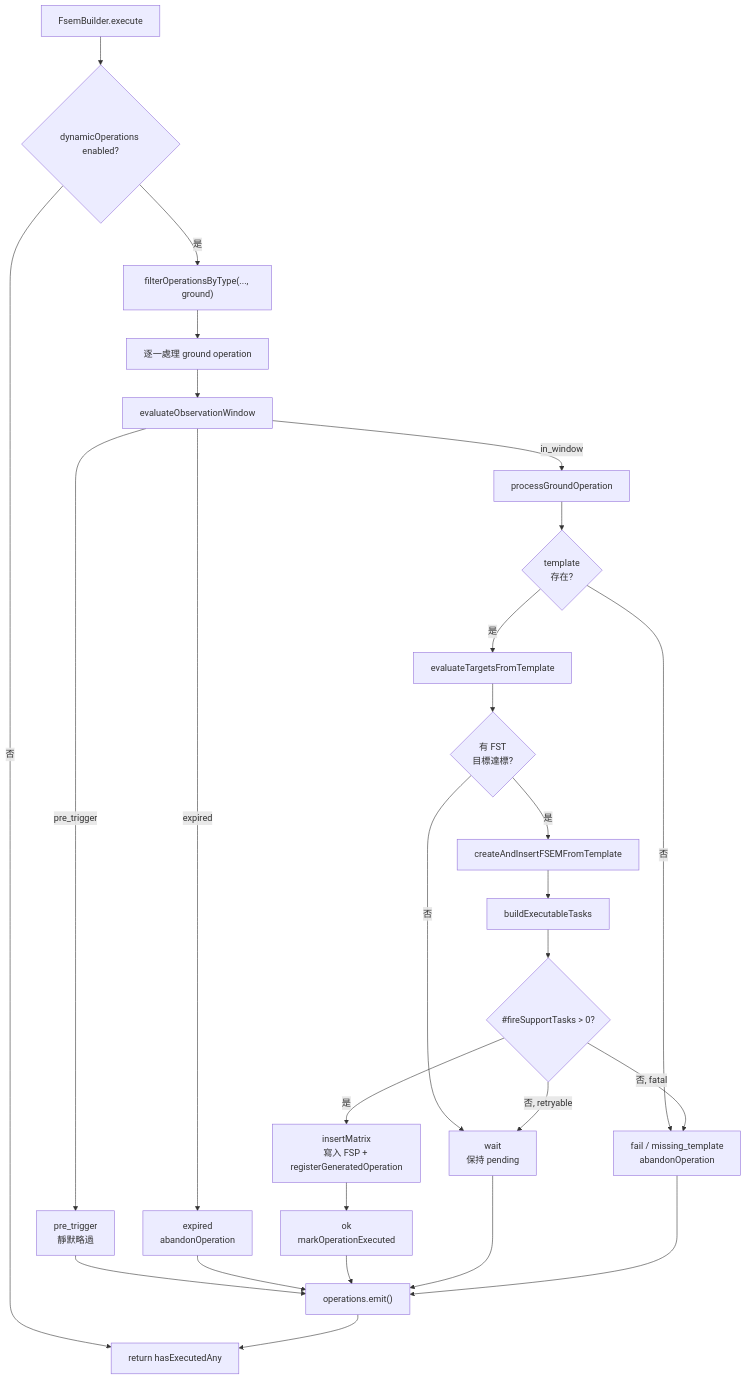
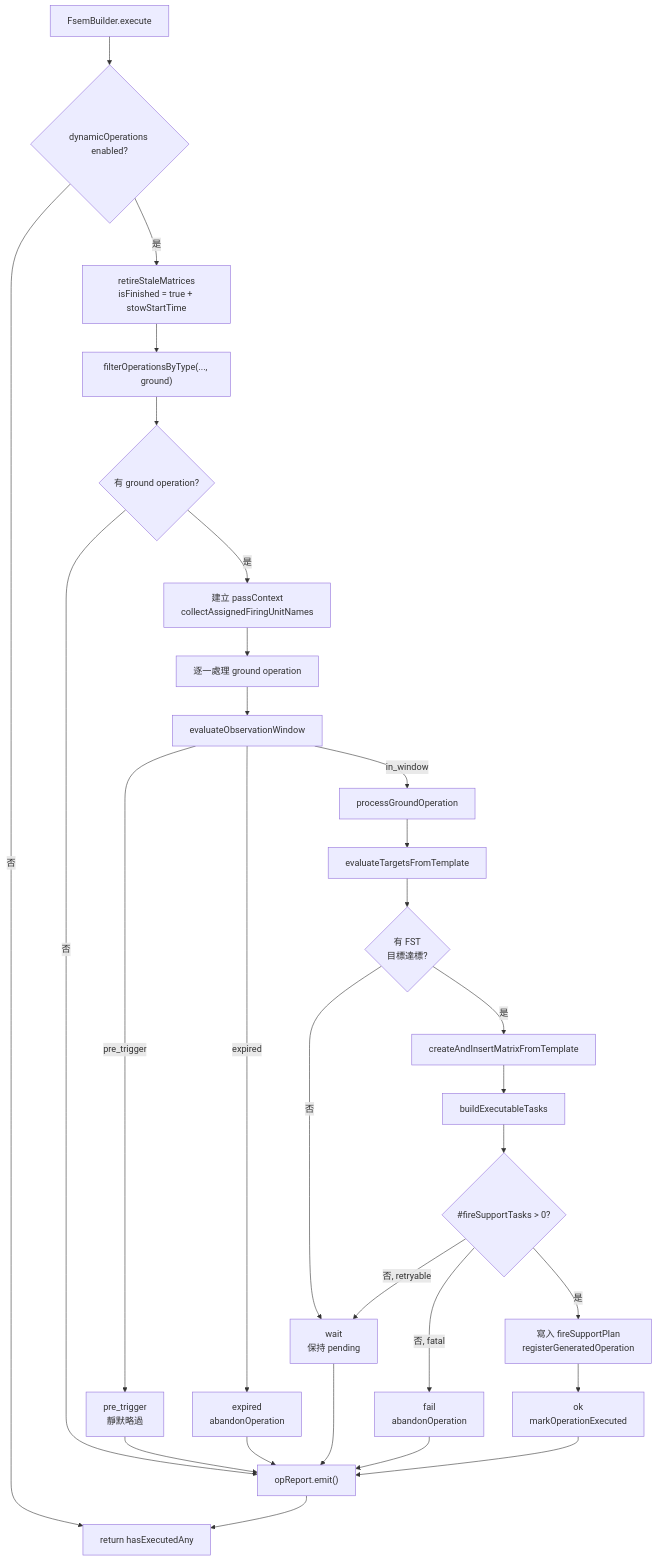
Before and after one commit to pullupjumper/formosa-in-flames: the second of 2 diagrams in docs/strikePlanner/fsemBuilder.md, drawn with Mermaid. The commit also changed other lines of this file and 4 other files, not shown here.

First line of the commit message:
refactor(strikePlanner/fsemBuilder): tighten firing unit statuses and helper naming

````diff
--- a/docs/strikePlanner/fsemBuilder.md
+++ b/docs/strikePlanner/fsemBuilder.md
@@ -135,41 +159,43 @@
 ```mermaid
 flowchart TD
     ENTRY["FsemBuilder.execute"]
     ENABLED{"dynamicOperations enabled?"}
+    RETIRE["retireStaleMatrices<br>isFinished = true + stowStartTime"]
     FILTER["filterOperationsByType(..., ground)"]
+    HAS_OP{"有 ground operation?"}
+    SEED["建立 passContext<br>collectAssignedFiringUnitNames"]
     LOOP["逐一處理 ground operation"]
     WINDOW["evaluateObservationWindow"]
     PRE["pre_trigger<br>靜默略過"]
     EXPIRED["expired<br>abandonOperation"]
     PROCESS["processGroundOperation"]
-    TEMPLATE{"template<br>存在?"}
     TARGETS["evaluateTargetsFromTemplate"]
     TARGET_OK{"有 FST<br>目標達標?"}
-    CREATE["createAndInsertFSEMFromTemplate"]
+    CREATE["createAndInsertMatrixFromTemplate"]
     BUILD["buildExecutableTasks"]
     TASK_OK{"#fireSupportTasks > 0?"}
-    INSERT["insertMatrix<br>寫入 FSP + registerGeneratedOperation"]
+    INSERT["寫入 fireSupportPlan<br>registerGeneratedOperation"]
     OK["ok<br>markOperationExecuted"]
     WAIT["wait<br>保持 pending"]
-    FAIL["fail / missing_template<br>abandonOperation"]
-    LOG["operations.emit()"]
+    FAIL["fail<br>abandonOperation"]
+    LOG["opReport.emit()"]
     RETURN["return hasExecutedAny"]
 
     ENTRY --> ENABLED
     ENABLED -->|否| RETURN
-    ENABLED -->|是| FILTER --> LOOP --> WINDOW
+    ENABLED -->|是| RETIRE --> FILTER --> HAS_OP
+    HAS_OP -->|否| LOG
+    HAS_OP -->|是| SEED --> LOOP --> WINDOW
     WINDOW -->|pre_trigger| PRE --> LOG
     WINDOW -->|expired| EXPIRED --> LOG
-    WINDOW -->|in_window| PROCESS --> TEMPLATE
-    TEMPLATE -->|否| FAIL
-    TEMPLATE -->|是| TARGETS --> TARGET_OK
+    WINDOW -->|in_window| PROCESS --> TARGETS --> TARGET_OK
     TARGET_OK -->|否| WAIT
     TARGET_OK -->|是| CREATE --> BUILD --> TASK_OK
     TASK_OK -->|否, retryable| WAIT
     TASK_OK -->|否, fatal| FAIL
     TASK_OK -->|是| INSERT --> OK
     OK --> LOG
     WAIT --> LOG
     FAIL --> LOG
     LOG --> RETURN
 ```
````
